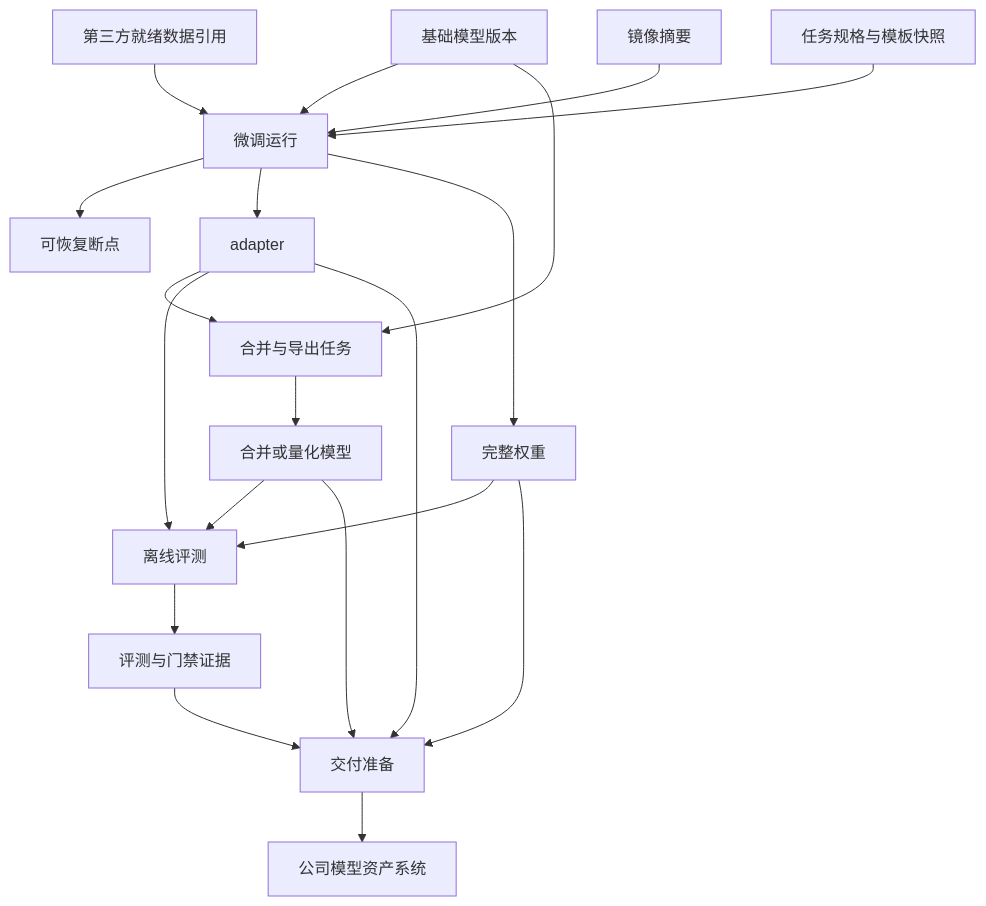
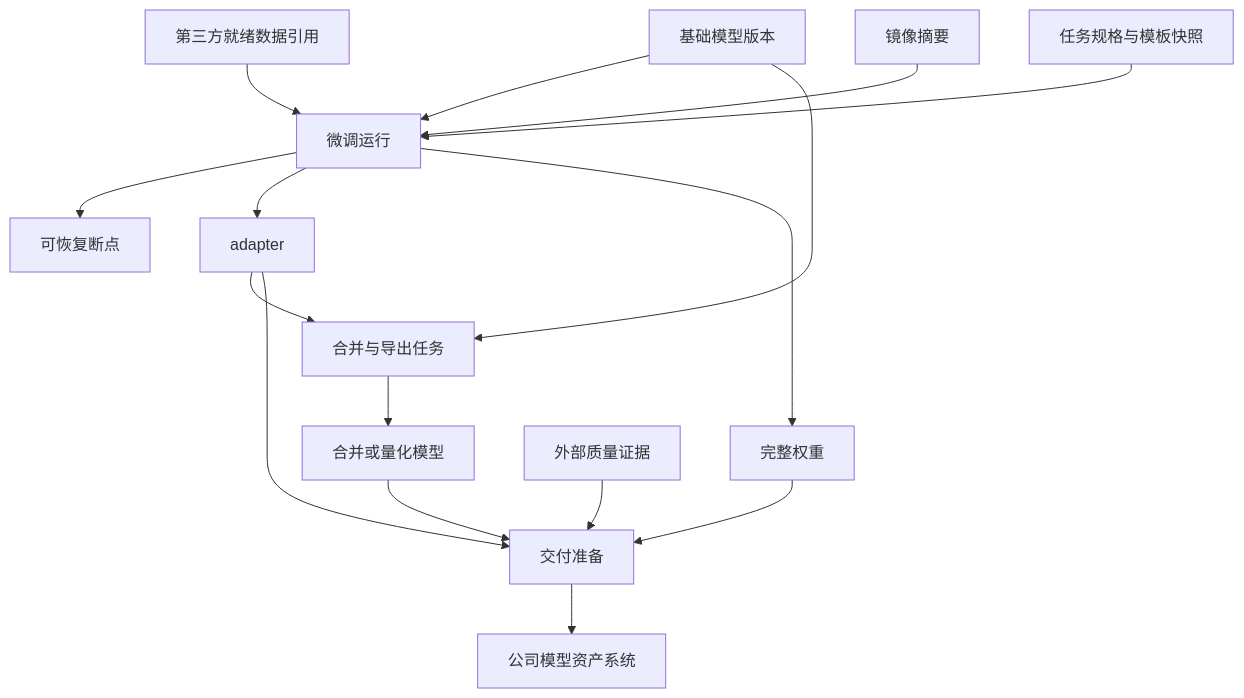
Before and after one commit to gqcn/ltp: the diagram in docs/平台规划/3.10-监督微调与后训练.md, drawn with Mermaid. The commit also changed other lines of this file and 9 other files, not shown here.

````diff
--- a/docs/平台规划/3.10-监督微调与后训练.md
+++ b/docs/平台规划/3.10-监督微调与后训练.md
@@ -141,22 +141,18 @@
 ```mermaid
 flowchart TB
     base["基础模型版本"] --> run["微调运行"]
     data["第三方就绪数据引用"] --> run
     image["镜像摘要"] --> run
     spec["任务规格与模板快照"] --> run
     run --> checkpoint["可恢复断点"]
     run --> adapter["adapter"]
     run --> full["完整权重"]
     base --> merge["合并与导出任务"]
     adapter --> merge
     merge --> merged["合并或量化模型"]
-    adapter --> evaluation["离线评测"]
-    full --> evaluation
-    merged --> evaluation
     adapter --> delivery["交付准备"]
     full --> delivery
     merged --> delivery
-    evaluation --> evidence["评测与门禁证据"]
-    evidence --> delivery
+    evidence["外部质量证据"] --> delivery
     delivery --> asset["公司模型资产系统"]
 ```
````
